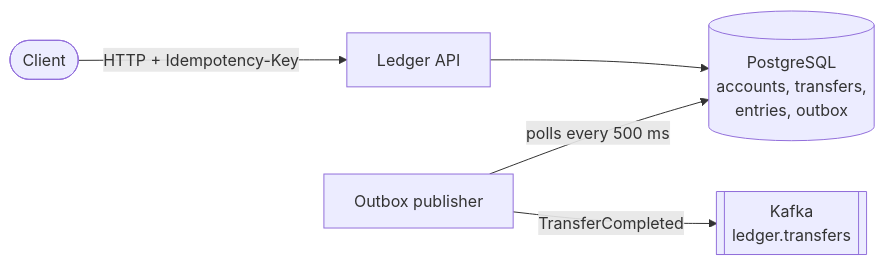
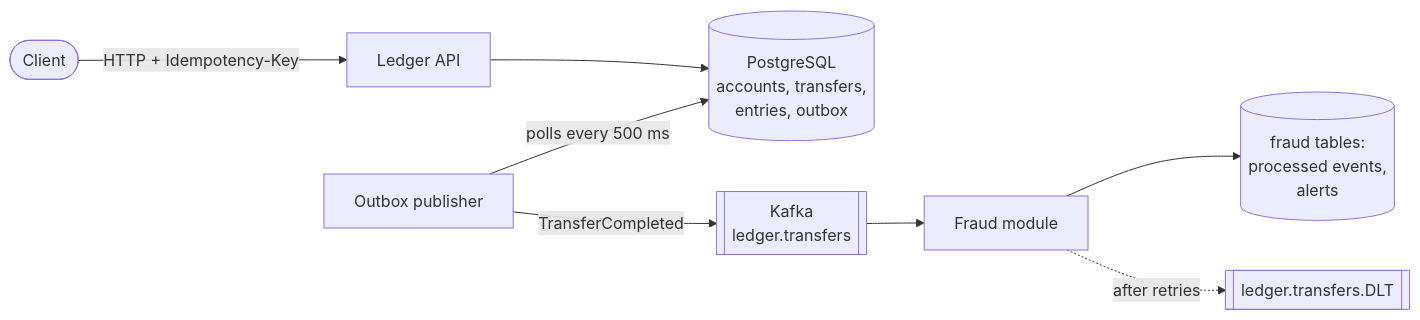
Before and after one commit to yeldos13/PayLedger: the diagram in README.md, drawn with Mermaid. The commit also changed other lines of this file, not shown here.

Commit message:
Describe fraud module in README

````diff
--- a/README.md
+++ b/README.md
@@ -12,7 +13,10 @@
 ```mermaid
 flowchart LR
     client([Client]) -->|HTTP + Idempotency-Key| api[Ledger API]
     api --> db[(PostgreSQL<br/>accounts, transfers,<br/>entries, outbox)]
     publisher[Outbox publisher] -->|polls every 500 ms| db
     publisher -->|TransferCompleted| kafka[[Kafka<br/>ledger.transfers]]
+    kafka --> fraud[Fraud module]
+    fraud --> fdb[(fraud tables:<br/>processed events,<br/>alerts)]
+    fraud -.->|after retries| dlt[[ledger.transfers.DLT]]
 ```
````
